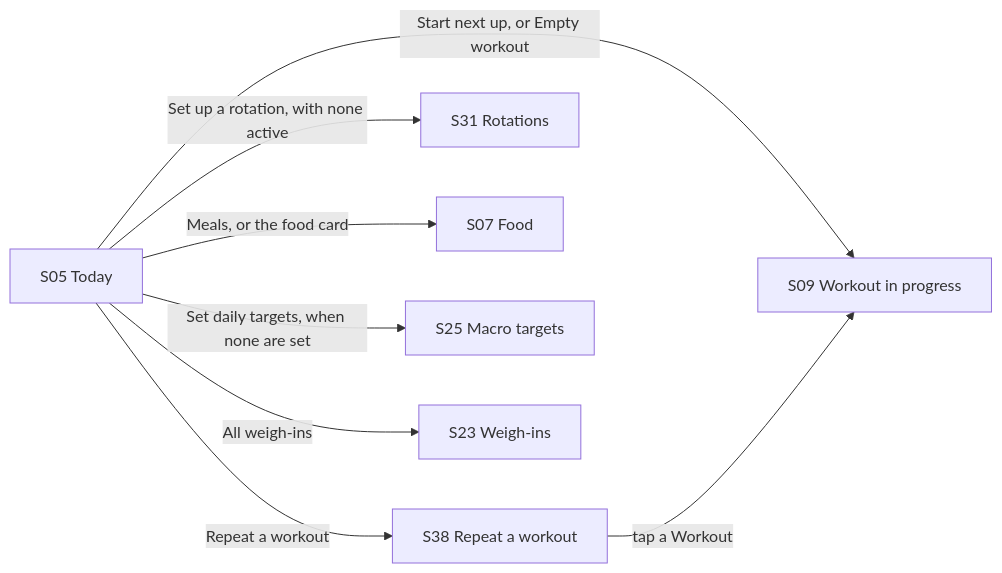
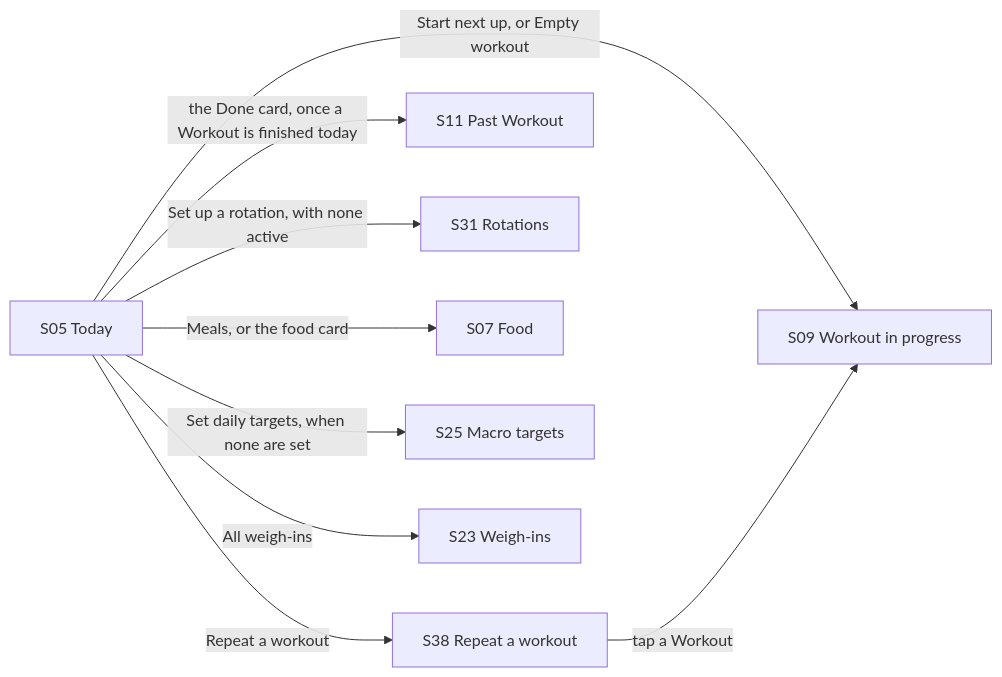
The second of 9 diagrams in docs/user-flows.md (kwanlokto/greater-than-zero), drawn with Mermaid before and after one commit. The commit also changed other lines of this file and 3 other files, not shown here.

First line of the commit message:
Show the Workout finished today in the Start section's place

````diff
--- a/docs/user-flows.md
+++ b/docs/user-flows.md
@@ -107,10 +107,11 @@
 ```mermaid
 flowchart LR
   S05["S05 Today"] -->|Start next up, or Empty workout| S09["S09 Workout in progress"]
   S05 -->|Repeat a workout| S38["S38 Repeat a workout"]
   S38 -->|tap a Workout| S09
+  S05 -->|the Done card, once a Workout is finished today| S11["S11 Past Workout"]
   S05 -->|Set up a rotation, with none active| S31["S31 Rotations"]
   S05 -->|Meals, or the food card| S07["S07 Food"]
   S05 -->|Set daily targets, when none are set| S25["S25 Macro targets"]
   S05 -->|All weigh-ins| S23["S23 Weigh-ins"]
 ```
````
